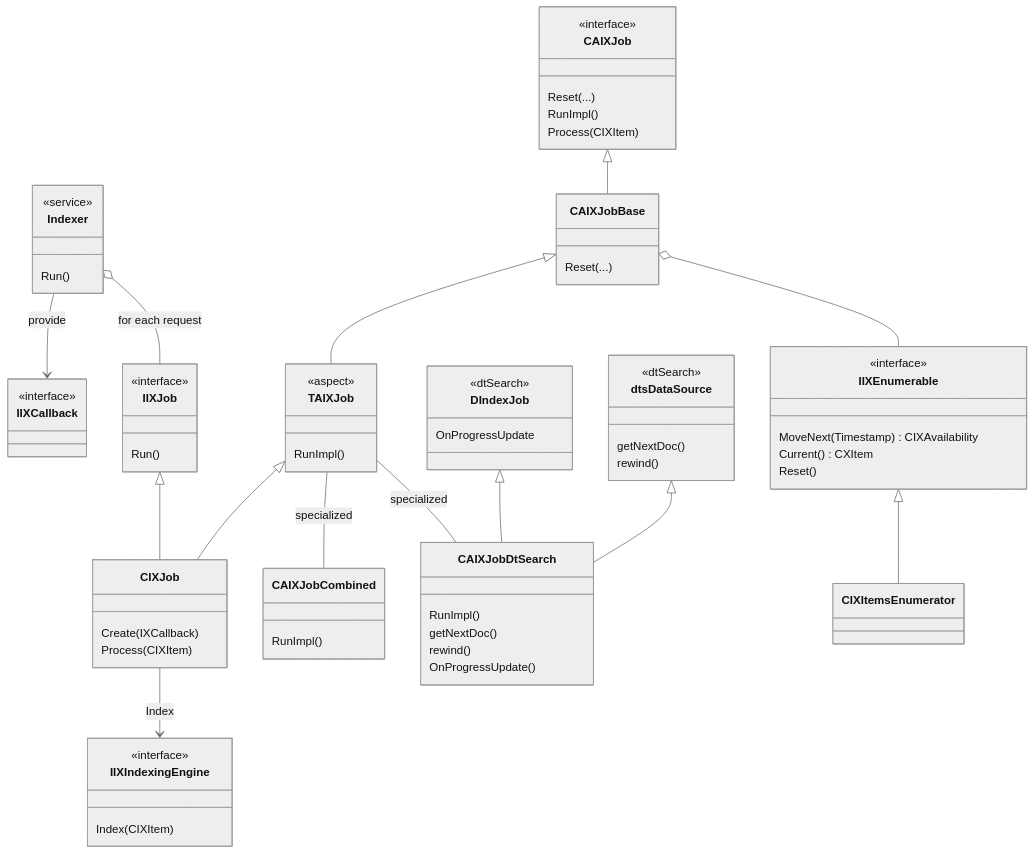
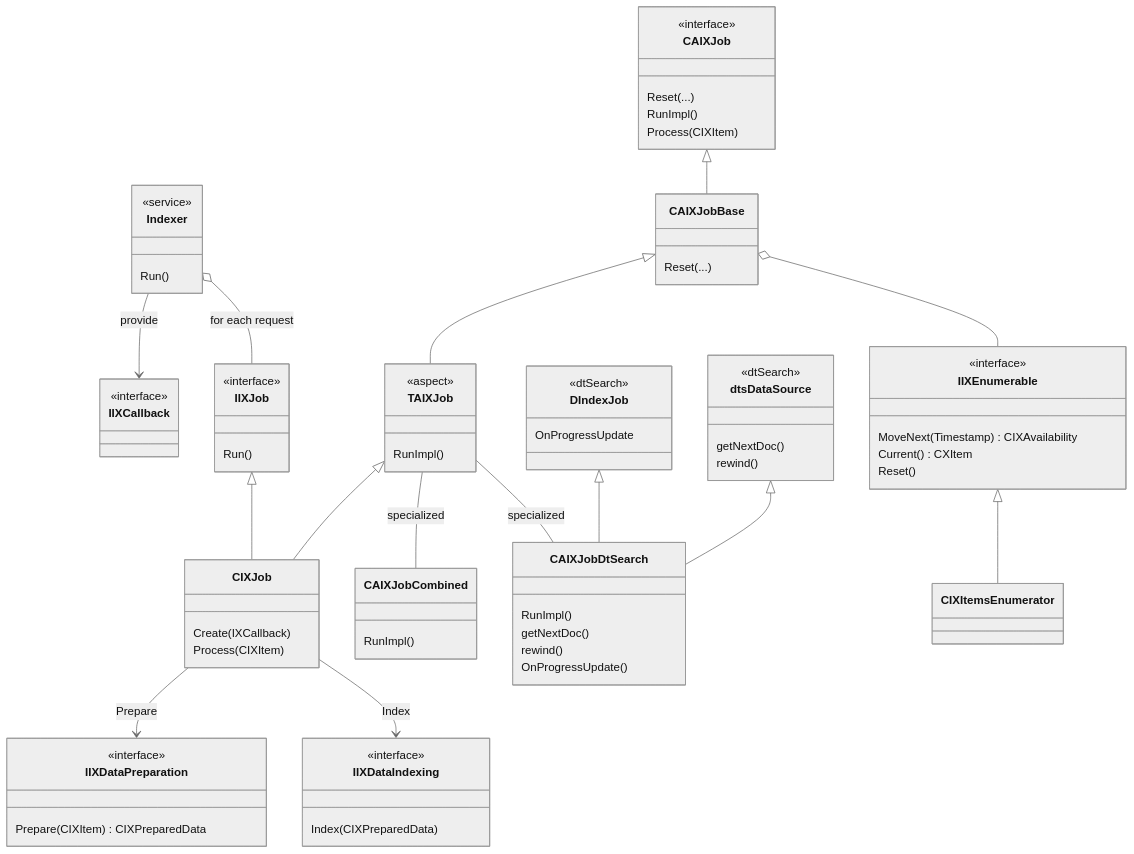
One commit to lightcaurby/Code-IXSample changed the second of 3 diagrams in README.md. Above: the diagram before and after it, drawn with Mermaid (neutral theme). The commit also changed other lines of this file, not shown here.

Commit message:
IndexingEngine interface split.

````diff
--- a/README.md
+++ b/README.md
@@ -58,67 +63,72 @@
 ```mermaid
 classDiagram
 
 class IIXCallback
 <<interface>> IIXCallback
 
 
 class TAIXJob
 <<aspect>> TAIXJob
 
 class IIXJob
 <<interface>> IIXJob
 IIXJob : Run()
 IIXJob <|-- CIXJob
 CIXJob : Create( IXCallback )
 CIXJob : Process( CIXItem)
 TAIXJob <|-- CIXJob
 TAIXJob : RunImpl()
 TAIXJob -- CAIXJobCombined : specialized
 CAIXJobCombined : RunImpl()
 TAIXJob -- CAIXJobDtSearch : specialized
 CAIXJobDtSearch : RunImpl()
 CAIXJobDtSearch : getNextDoc()
 CAIXJobDtSearch : rewind()
 CAIXJobDtSearch : OnProgressUpdate()
 CAIXJobBase <|-- TAIXJob
 CAIXJobBase : Reset( ...)
 class CAIXJob
 <<interface>> CAIXJob
 CAIXJob : Reset(...)
 CAIXJob : RunImpl()
 CAIXJob : Process(CIXItem)
 CAIXJob <|-- CAIXJobBase
 
 
-class IIXIndexingEngine 
-<<interface>> IIXIndexingEngine
-IIXIndexingEngine : Index(CIXItem)
-CIXJob --> IIXIndexingEngine : Index
+
+class IIXDataPreparation
+<<interface>> IIXDataPreparation
+IIXDataPreparation : Prepare(CIXItem) CIXPreparedData
+class IIXDataIndexing 
+<<interface>> IIXDataIndexing
+IIXDataIndexing : Index(CIXPreparedData)
+CIXJob --> IIXDataPreparation : Prepare
+CIXJob --> IIXDataIndexing : Index
 
 class IIXEnumerable
 <<interface>> IIXEnumerable
 IIXEnumerable : MoveNext( Timestamp ) CIXAvailability
 IIXEnumerable : Current() CXItem
 IIXEnumerable : Reset()
 IIXEnumerable <|-- CIXItemsEnumerator
 CAIXJobBase o-- IIXEnumerable
 
 class DIndexJob
 <<dtSearch>> DIndexJob
 DIndexJob <|-- CAIXJobDtSearch
 DIndexJob : OnProgressUpdate
 class dtsDataSource
 <<dtSearch>> dtsDataSource
 dtsDataSource : getNextDoc()
 dtsDataSource : rewind()
 dtsDataSource <|-- CAIXJobDtSearch
 
 class Indexer
 <<service>> Indexer
 
 Indexer : Run()
 Indexer --> IIXCallback : provide
 Indexer o-- IIXJob : for each request
 
 
 ```
````
